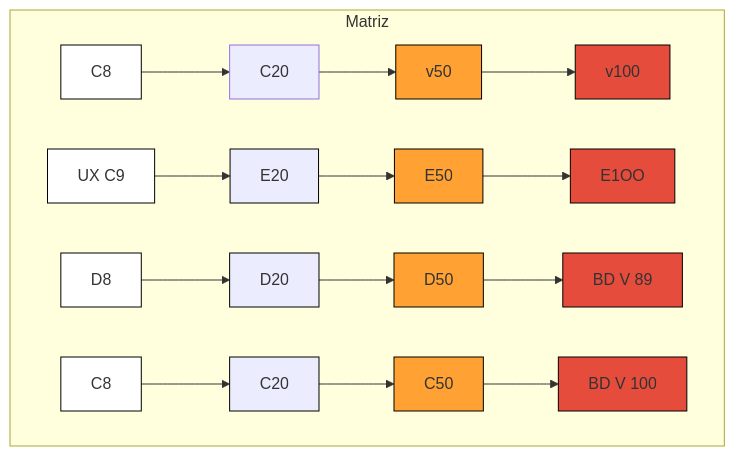
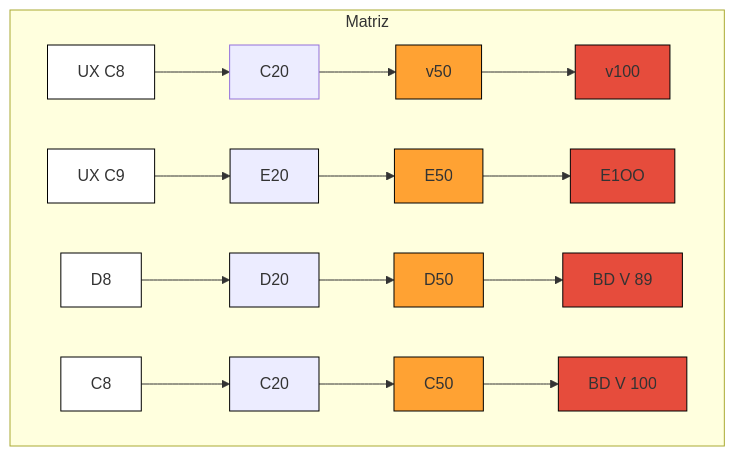
Before and after one commit to MauricioRVeiga/gantt: the first of 4 diagrams in README.md, drawn with Mermaid. The commit also changed other lines of this file, not shown here.

````diff
--- a/README.md
+++ b/README.md
@@ -9,15 +1,15 @@
 ```mermaid
 graph TD
     subgraph Matriz
-A1["C8"]:::branco --> A2["C20"]:::AMARELO --> A3["v50"]:::laranja --> A4["v100"]:::vermelho
+A1["UX C8"]:::branco --> A2["C20"]:::AMARELO --> A3["v50"]:::laranja --> A4["v100"]:::vermelho
 B1["UX C9"]:::branco --> B2["E20"]:::amarelo --> B3["E50"]:::laranja --> B4["E1OO"]:::vermelho
 C1["D8"]:::branco --> C2["D20"]:::amarelo --> C3["D50"]:::laranja --> C4["BD V 89"]:::vermelho
 D1["C8"]:::branco --> D2["C20"]:::amarelo --> D3["C50"]:::laranja --> D4["BD V 100"]:::vermelho
 
 
 end
 classDef branco fill:#fff, stroke:#000, stroke-width:1px;
 classDef amarelo fill:#FFD8D, stroke:#000, stroke-width:1px;
 classDef laranja fill:#FFA233, stroke:#000, stroke-width:1px;
 classDef vermelho fill:#E64C3C, stroke:#000, stroke-width:1px;
 ```
````
